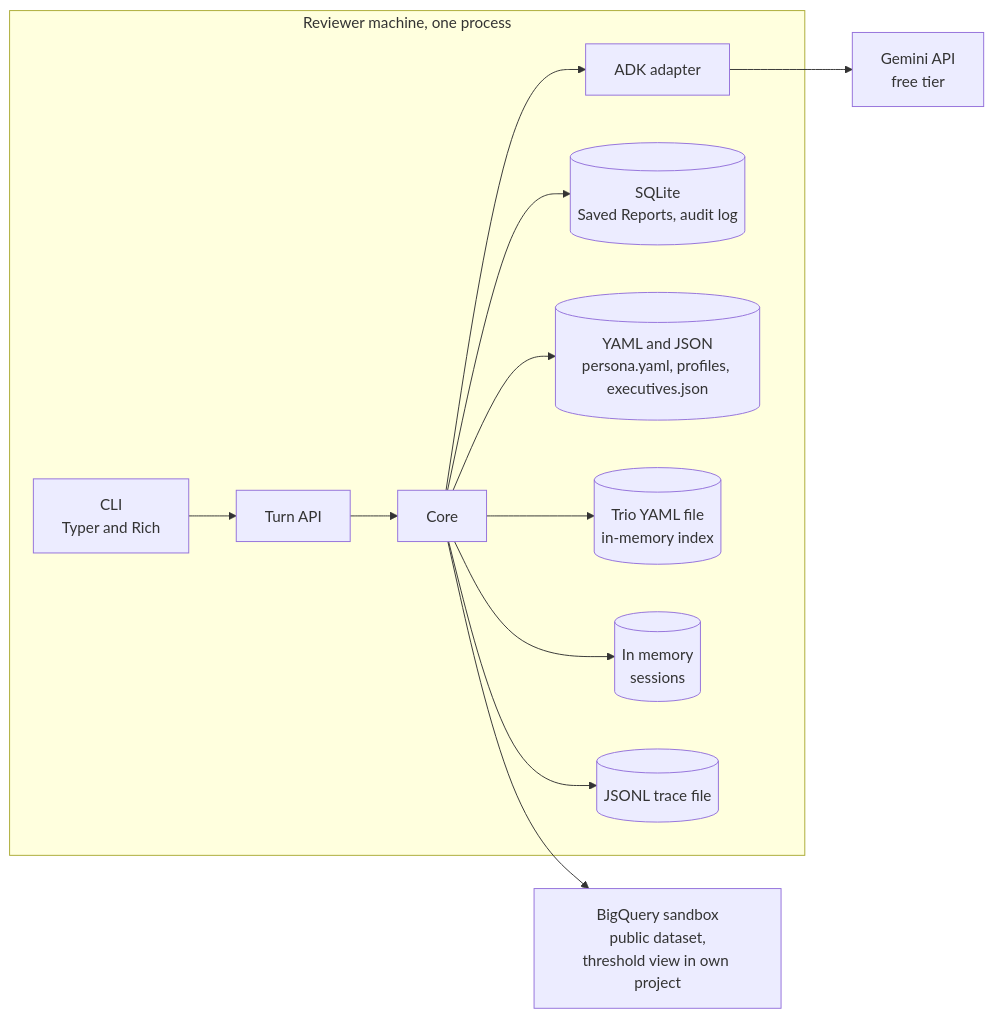
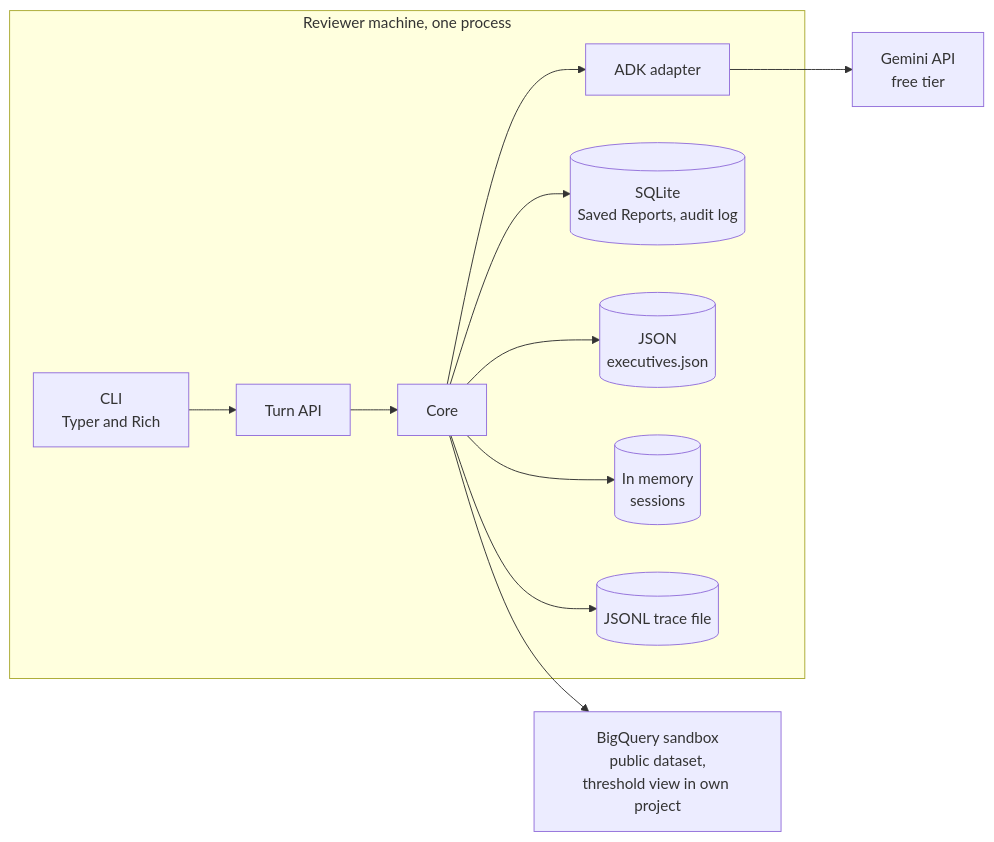
Diagram 29 of 31 in docs/design/hld.md (modvala/data-chat-assistant), drawn with Mermaid before and after one commit. The commit also changed other lines of this file and 23 other files, not shown here.

````diff
--- a/docs/design/hld.md
+++ b/docs/design/hld.md
@@ -1422,15 +1427,14 @@
 ```mermaid
 flowchart LR
     subgraph MACH["Reviewer machine, one process"]
         CLI["CLI<br/>Typer and Rich"] --> TA[Turn API]
         TA --> CORE[Core]
         CORE --> ADK[ADK adapter]
         CORE --> SQLITE[("SQLite<br/>Saved Reports, audit log")]
-        CORE --> YAML[("YAML and JSON<br/>persona.yaml, profiles, executives.json")]
-        CORE --> TRIOS[("Trio YAML file<br/>in-memory index")]
+        CORE --> JSON[("JSON<br/>executives.json")]
         CORE --> MEM[("In memory<br/>sessions")]
         CORE --> JSONL[("JSONL trace file")]
     end
     ADK --> GEM["Gemini API<br/>free tier"]
     CORE --> BQS["BigQuery sandbox<br/>public dataset,<br/>threshold view in own project"]
 ```
````
